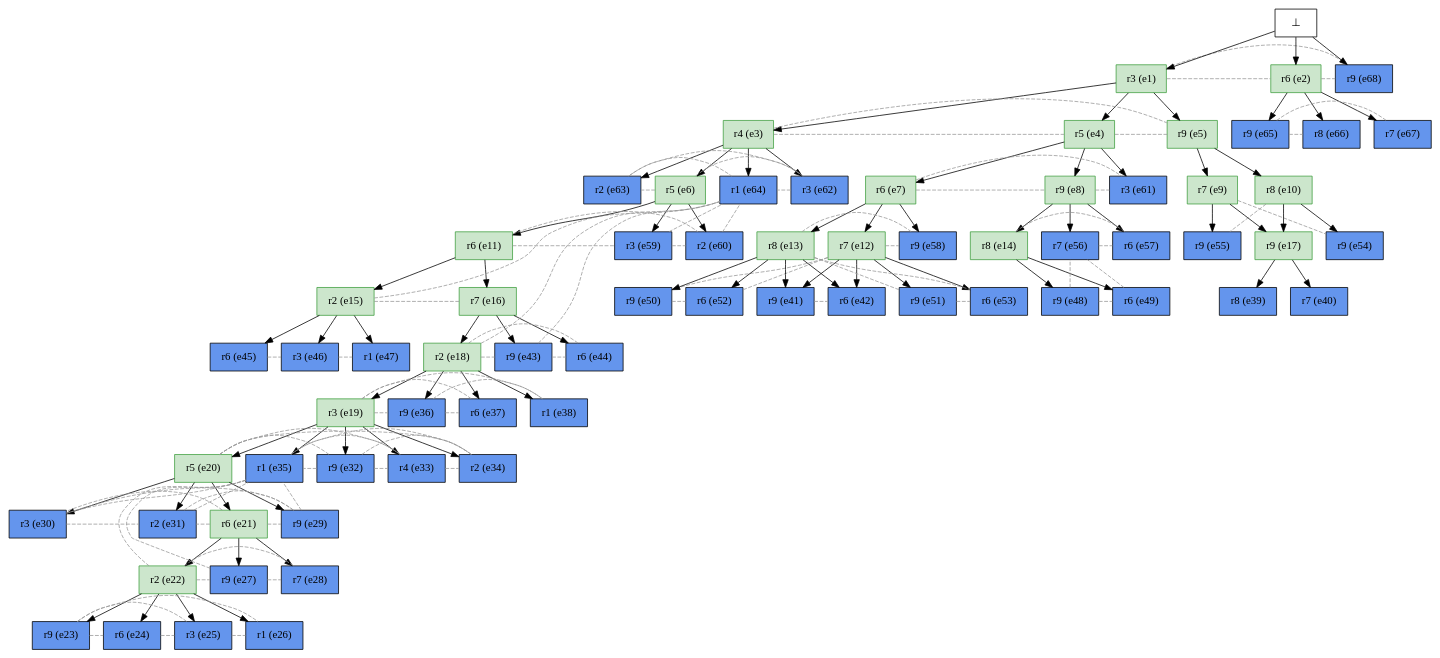
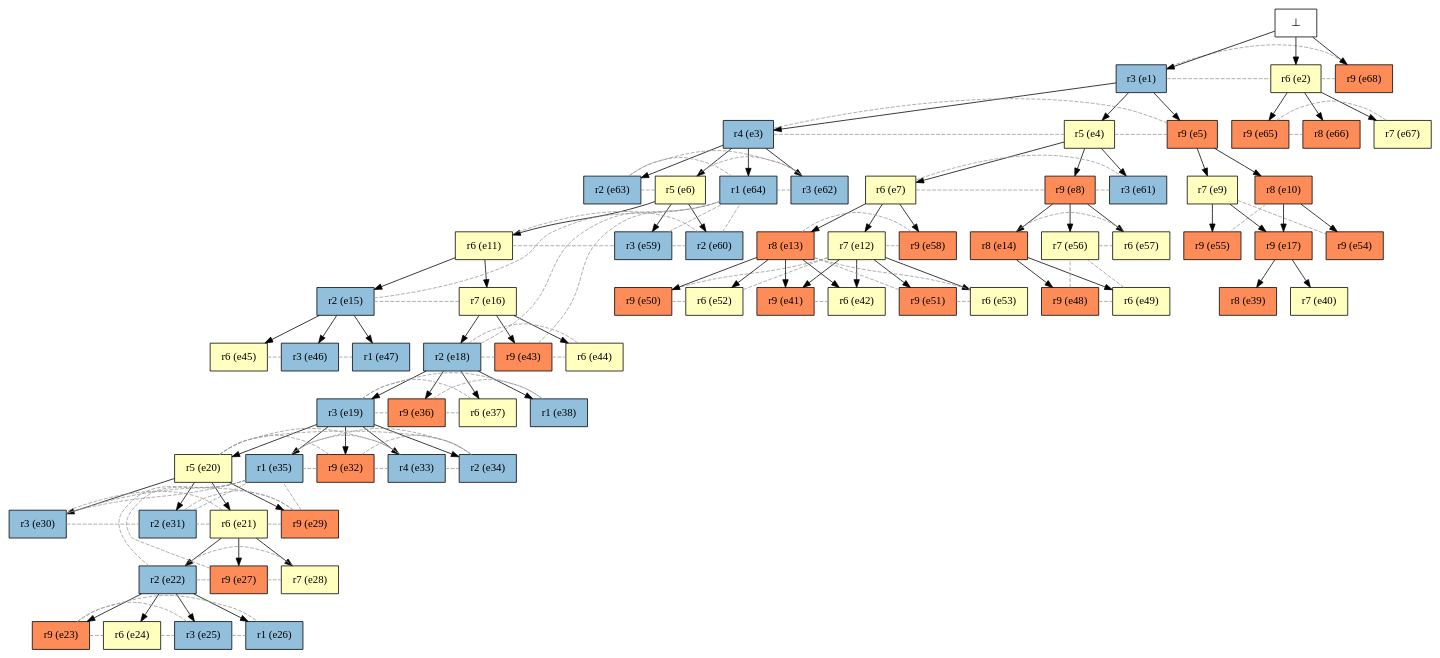
Before and after one commit to giannkas/ecofolder: the diagram in examples/termites/termites_pr_eg_unf.dot, drawn with Graphviz. The commit also changed 75 other files, not shown here.

Commit message:
adding examples of urchins in Tasmania. Now one can specify a configuration to show its corresponding firing sequence and marking. No segmentation fault found!

```diff
--- a/examples/termites/termites_pr_eg_unf.dot
+++ b/examples/termites/termites_pr_eg_unf.dot
@@ -152,73 +152,73 @@
   e65 -> e66 [arrowhead=none color=gray60 style=dashed constraint=false];
   e65 -> e67 [arrowhead=none color=gray60 style=dashed constraint=false];
 
-  e1 [color="#409f40" fillcolor="#cce6cc" label="r3 (e1)" shape=box style=filled];
-  e2 [color="#409f40" fillcolor="#cce6cc" label="r6 (e2)" shape=box style=filled];
-  e3 [color="#409f40" fillcolor="#cce6cc" label="r4 (e3)" shape=box style=filled];
-  e4 [color="#409f40" fillcolor="#cce6cc" label="r5 (e4)" shape=box style=filled];
-  e5 [color="#409f40" fillcolor="#cce6cc" label="r9 (e5)" shape=box style=filled];
-  e6 [color="#409f40" fillcolor="#cce6cc" label="r5 (e6)" shape=box style=filled];
-  e7 [color="#409f40" fillcolor="#cce6cc" label="r6 (e7)" shape=box style=filled];
-  e8 [color="#409f40" fillcolor="#cce6cc" label="r9 (e8)" shape=box style=filled];
-  e9 [color="#409f40" fillcolor="#cce6cc" label="r7 (e9)" shape=box style=filled];
-  e10 [color="#409f40" fillcolor="#cce6cc" label="r8 (e10)" shape=box style=filled];
-  e11 [color="#409f40" fillcolor="#cce6cc" label="r6 (e11)" shape=box style=filled];
-  e12 [color="#409f40" fillcolor="#cce6cc" label="r7 (e12)" shape=box style=filled];
-  e13 [color="#409f40" fillcolor="#cce6cc" label="r8 (e13)" shape=box style=filled];
-  e14 [color="#409f40" fillcolor="#cce6cc" label="r8 (e14)" shape=box style=filled];
-  e15 [color="#409f40" fillcolor="#cce6cc" label="r2 (e15)" shape=box style=filled];
-  e16 [color="#409f40" fillcolor="#cce6cc" label="r7 (e16)" shape=box style=filled];
-  e17 [color="#409f40" fillcolor="#cce6cc" label="r9 (e17)" shape=box style=filled];
-  e18 [color="#409f40" fillcolor="#cce6cc" label="r2 (e18)" shape=box style=filled];
-  e19 [color="#409f40" fillcolor="#cce6cc" label="r3 (e19)" shape=box style=filled];
-  e20 [color="#409f40" fillcolor="#cce6cc" label="r5 (e20)" shape=box style=filled];
-  e21 [color="#409f40" fillcolor="#cce6cc" label="r6 (e21)" shape=box style=filled];
-  e22 [color="#409f40" fillcolor="#cce6cc" label="r2 (e22)" shape=box style=filled];
-  e23 [color=black fillcolor=cornflowerblue label="r9 (e23)" shape=box style=filled];
-  e24 [color=black fillcolor=cornflowerblue label="r6 (e24)" shape=box style=filled];
-  e25 [color=black fillcolor=cornflowerblue label="r3 (e25)" shape=box style=filled];
-  e26 [color=black fillcolor=cornflowerblue label="r1 (e26)" shape=box style=filled];
-  e27 [color=black fillcolor=cornflowerblue label="r9 (e27)" shape=box style=filled];
-  e28 [color=black fillcolor=cornflowerblue label="r7 (e28)" shape=box style=filled];
-  e29 [color=black fillcolor=cornflowerblue label="r9 (e29)" shape=box style=filled];
-  e30 [color=black fillcolor=cornflowerblue label="r3 (e30)" shape=box style=filled];
-  e31 [color=black fillcolor=cornflowerblue label="r2 (e31)" shape=box style=filled];
-  e32 [color=black fillcolor=cornflowerblue label="r9 (e32)" shape=box style=filled];
-  e33 [color=black fillcolor=cornflowerblue label="r4 (e33)" shape=box style=filled];
-  e34 [color=black fillcolor=cornflowerblue label="r2 (e34)" shape=box style=filled];
-  e35 [color=black fillcolor=cornflowerblue label="r1 (e35)" shape=box style=filled];
-  e36 [color=black fillcolor=cornflowerblue label="r9 (e36)" shape=box style=filled];
-  e37 [color=black fillcolor=cornflowerblue label="r6 (e37)" shape=box style=filled];
-  e38 [color=black fillcolor=cornflowerblue label="r1 (e38)" shape=box style=filled];
-  e39 [color=black fillcolor=cornflowerblue label="r8 (e39)" shape=box style=filled];
-  e40 [color=black fillcolor=cornflowerblue label="r7 (e40)" shape=box style=filled];
-  e41 [color=black fillcolor=cornflowerblue label="r9 (e41)" shape=box style=filled];
-  e42 [color=black fillcolor=cornflowerblue label="r6 (e42)" shape=box style=filled];
-  e43 [color=black fillcolor=cornflowerblue label="r9 (e43)" shape=box style=filled];
-  e44 [color=black fillcolor=cornflowerblue label="r6 (e44)" shape=box style=filled];
-  e45 [color=black fillcolor=cornflowerblue label="r6 (e45)" shape=box style=filled];
-  e46 [color=black fillcolor=cornflowerblue label="r3 (e46)" shape=box style=filled];
-  e47 [color=black fillcolor=cornflowerblue label="r1 (e47)" shape=box style=filled];
-  e48 [color=black fillcolor=cornflowerblue label="r9 (e48)" shape=box style=filled];
-  e49 [color=black fillcolor=cornflowerblue label="r6 (e49)" shape=box style=filled];
-  e50 [color=black fillcolor=cornflowerblue label="r9 (e50)" shape=box style=filled];
-  e51 [color=black fillcolor=cornflowerblue label="r9 (e51)" shape=box style=filled];
-  e52 [color=black fillcolor=cornflowerblue label="r6 (e52)" shape=box style=filled];
-  e53 [color=black fillcolor=cornflowerblue label="r6 (e53)" shape=box style=filled];
-  e54 [color=black fillcolor=cornflowerblue label="r9 (e54)" shape=box style=filled];
-  e55 [color=black fillcolor=cornflowerblue label="r9 (e55)" shape=box style=filled];
-  e56 [color=black fillcolor=cornflowerblue label="r7 (e56)" shape=box style=filled];
-  e57 [color=black fillcolor=cornflowerblue label="r6 (e57)" shape=box style=filled];
-  e58 [color=black fillcolor=cornflowerblue label="r9 (e58)" shape=box style=filled];
-  e59 [color=black fillcolor=cornflowerblue label="r3 (e59)" shape=box style=filled];
-  e60 [color=black fillcolor=cornflowerblue label="r2 (e60)" shape=box style=filled];
-  e61 [color=black fillcolor=cornflowerblue label="r3 (e61)" shape=box style=filled];
-  e62 [color=black fillcolor=cornflowerblue label="r3 (e62)" shape=box style=filled];
-  e63 [color=black fillcolor=cornflowerblue label="r2 (e63)" shape=box style=filled];
-  e64 [color=black fillcolor=cornflowerblue label="r1 (e64)" shape=box style=filled];
-  e65 [color=black fillcolor=cornflowerblue label="r9 (e65)" shape=box style=filled];
-  e66 [color=black fillcolor=cornflowerblue label="r8 (e66)" shape=box style=filled];
-  e67 [color=black fillcolor=cornflowerblue label="r7 (e67)" shape=box style=filled];
-  e68 [color=black fillcolor=cornflowerblue label="r9 (e68)" shape=box style=filled];
+  e1 [color="black" fillcolor="#91bfdc" label="r3 (e1)" shape=box style=filled];
+  e2 [color="black" fillcolor="#ffffbf" label="r6 (e2)" shape=box style=filled];
+  e3 [color="black" fillcolor="#91bfdc" label="r4 (e3)" shape=box style=filled];
+  e4 [color="black" fillcolor="#ffffbf" label="r5 (e4)" shape=box style=filled];
+  e5 [color="black" fillcolor="#fd8c59" label="r9 (e5)" shape=box style=filled];
+  e6 [color="black" fillcolor="#ffffbf" label="r5 (e6)" shape=box style=filled];
+  e7 [color="black" fillcolor="#ffffbf" label="r6 (e7)" shape=box style=filled];
+  e8 [color="black" fillcolor="#fd8c59" label="r9 (e8)" shape=box style=filled];
+  e9 [color="black" fillcolor="#ffffbf" label="r7 (e9)" shape=box style=filled];
+  e10 [color="black" fillcolor="#fd8c59" label="r8 (e10)" shape=box style=filled];
+  e11 [color="black" fillcolor="#ffffbf" label="r6 (e11)" shape=box style=filled];
+  e12 [color="black" fillcolor="#ffffbf" label="r7 (e12)" shape=box style=filled];
+  e13 [color="black" fillcolor="#fd8c59" label="r8 (e13)" shape=box style=filled];
+  e14 [color="black" fillcolor="#fd8c59" label="r8 (e14)" shape=box style=filled];
+  e15 [color="black" fillcolor="#91bfdc" label="r2 (e15)" shape=box style=filled];
+  e16 [color="black" fillcolor="#ffffbf" label="r7 (e16)" shape=box style=filled];
+  e17 [color="black" fillcolor="#fd8c59" label="r9 (e17)" shape=box style=filled];
+  e18 [color="black" fillcolor="#91bfdc" label="r2 (e18)" shape=box style=filled];
+  e19 [color="black" fillcolor="#91bfdc" label="r3 (e19)" shape=box style=filled];
+  e20 [color="black" fillcolor="#ffffbf" label="r5 (e20)" shape=box style=filled];
+  e21 [color="black" fillcolor="#ffffbf" label="r6 (e21)" shape=box style=filled];
+  e22 [color="black" fillcolor="#91bfdc" label="r2 (e22)" shape=box style=filled];
+  e23 [color="black" fillcolor="#fd8c59" label="r9 (e23)" shape=box style=filled];
+  e24 [color="black" fillcolor="#ffffbf" label="r6 (e24)" shape=box style=filled];
+  e25 [color="black" fillcolor="#91bfdc" label="r3 (e25)" shape=box style=filled];
+  e26 [color="black" fillcolor="#91bfdc" label="r1 (e26)" shape=box style=filled];
+  e27 [color="black" fillcolor="#fd8c59" label="r9 (e27)" shape=box style=filled];
+  e28 [color="black" fillcolor="#ffffbf" label="r7 (e28)" shape=box style=filled];
+  e29 [color="black" fillcolor="#fd8c59" label="r9 (e29)" shape=box style=filled];
+  e30 [color="black" fillcolor="#91bfdc" label="r3 (e30)" shape=box style=filled];
+  e31 [color="black" fillcolor="#91bfdc" label="r2 (e31)" shape=box style=filled];
+  e32 [color="black" fillcolor="#fd8c59" label="r9 (e32)" shape=box style=filled];
+  e33 [color="black" fillcolor="#91bfdc" label="r4 (e33)" shape=box style=filled];
+  e34 [color="black" fillcolor="#91bfdc" label="r2 (e34)" shape=box style=filled];
+  e35 [color="black" fillcolor="#91bfdc" label="r1 (e35)" shape=box style=filled];
+  e36 [color="black" fillcolor="#fd8c59" label="r9 (e36)" shape=box style=filled];
+  e37 [color="black" fillcolor="#ffffbf" label="r6 (e37)" shape=box style=filled];
+  e38 [color="black" fillcolor="#91bfdc" label="r1 (e38)" shape=box style=filled];
+  e39 [color="black" fillcolor="#fd8c59" label="r8 (e39)" shape=box style=filled];
+  e40 [color="black" fillcolor="#ffffbf" label="r7 (e40)" shape=box style=filled];
+  e41 [color="black" fillcolor="#fd8c59" label="r9 (e41)" shape=box style=filled];
+  e42 [color="black" fillcolor="#ffffbf" label="r6 (e42)" shape=box style=filled];
+  e43 [color="black" fillcolor="#fd8c59" label="r9 (e43)" shape=box style=filled];
+  e44 [color="black" fillcolor="#ffffbf" label="r6 (e44)" shape=box style=filled];
+  e45 [color="black" fillcolor="#ffffbf" label="r6 (e45)" shape=box style=filled];
+  e46 [color="black" fillcolor="#91bfdc" label="r3 (e46)" shape=box style=filled];
+  e47 [color="black" fillcolor="#91bfdc" label="r1 (e47)" shape=box style=filled];
+  e48 [color="black" fillcolor="#fd8c59" label="r9 (e48)" shape=box style=filled];
+  e49 [color="black" fillcolor="#ffffbf" label="r6 (e49)" shape=box style=filled];
+  e50 [color="black" fillcolor="#fd8c59" label="r9 (e50)" shape=box style=filled];
+  e51 [color="black" fillcolor="#fd8c59" label="r9 (e51)" shape=box style=filled];
+  e52 [color="black" fillcolor="#ffffbf" label="r6 (e52)" shape=box style=filled];
+  e53 [color="black" fillcolor="#ffffbf" label="r6 (e53)" shape=box style=filled];
+  e54 [color="black" fillcolor="#fd8c59" label="r9 (e54)" shape=box style=filled];
+  e55 [color="black" fillcolor="#fd8c59" label="r9 (e55)" shape=box style=filled];
+  e56 [color="black" fillcolor="#ffffbf" label="r7 (e56)" shape=box style=filled];
+  e57 [color="black" fillcolor="#ffffbf" label="r6 (e57)" shape=box style=filled];
+  e58 [color="black" fillcolor="#fd8c59" label="r9 (e58)" shape=box style=filled];
+  e59 [color="black" fillcolor="#91bfdc" label="r3 (e59)" shape=box style=filled];
+  e60 [color="black" fillcolor="#91bfdc" label="r2 (e60)" shape=box style=filled];
+  e61 [color="black" fillcolor="#91bfdc" label="r3 (e61)" shape=box style=filled];
+  e62 [color="black" fillcolor="#91bfdc" label="r3 (e62)" shape=box style=filled];
+  e63 [color="black" fillcolor="#91bfdc" label="r2 (e63)" shape=box style=filled];
+  e64 [color="black" fillcolor="#91bfdc" label="r1 (e64)" shape=box style=filled];
+  e65 [color="black" fillcolor="#fd8c59" label="r9 (e65)" shape=box style=filled];
+  e66 [color="black" fillcolor="#fd8c59" label="r8 (e66)" shape=box style=filled];
+  e67 [color="black" fillcolor="#ffffbf" label="r7 (e67)" shape=box style=filled];
+  e68 [color="black" fillcolor="#fd8c59" label="r9 (e68)" shape=box style=filled];
   e0 [fillcolor=white label="⊥" shape=box style=filled];
 }
```
